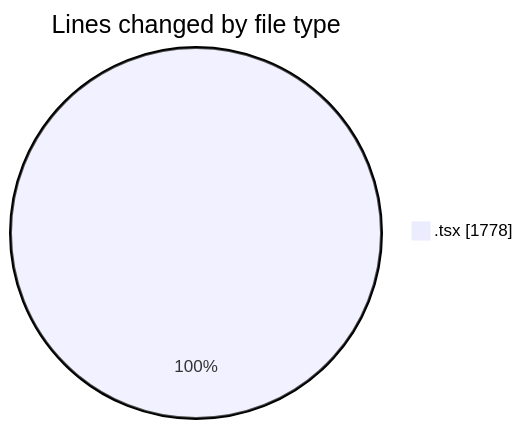
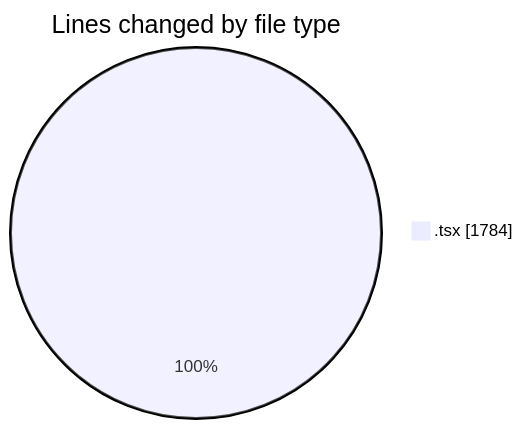
One commit to nxtqubesakshisongat/code-tracking changed the first of 2 diagrams in 2026-04-22/nxtqube_webapp/README.md. Above: the diagram before and after it, drawn with Mermaid. The commit also changed other lines of this file and 1 other file, not shown here.

````diff
--- a/2026-04-22/nxtqube_webapp/README.md
+++ b/2026-04-22/nxtqube_webapp/README.md
@@ -21,5 +21,5 @@
 ```mermaid
 pie showData
 title Lines changed by file type
-".tsx" : 1778
+".tsx" : 1784
 ```
````
